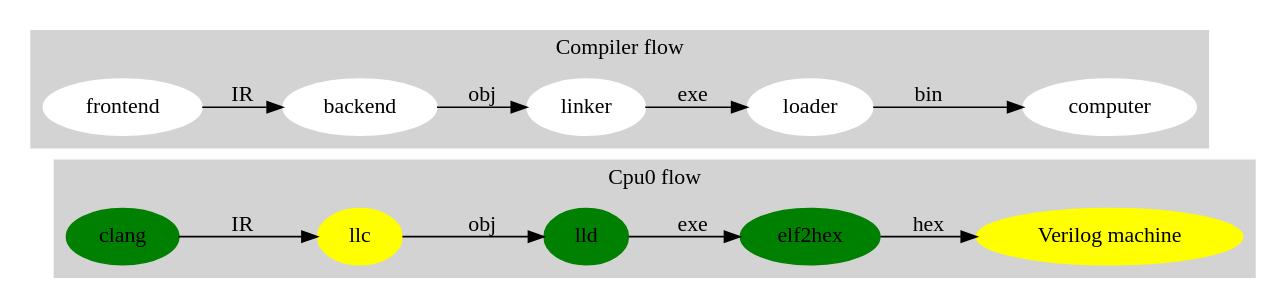
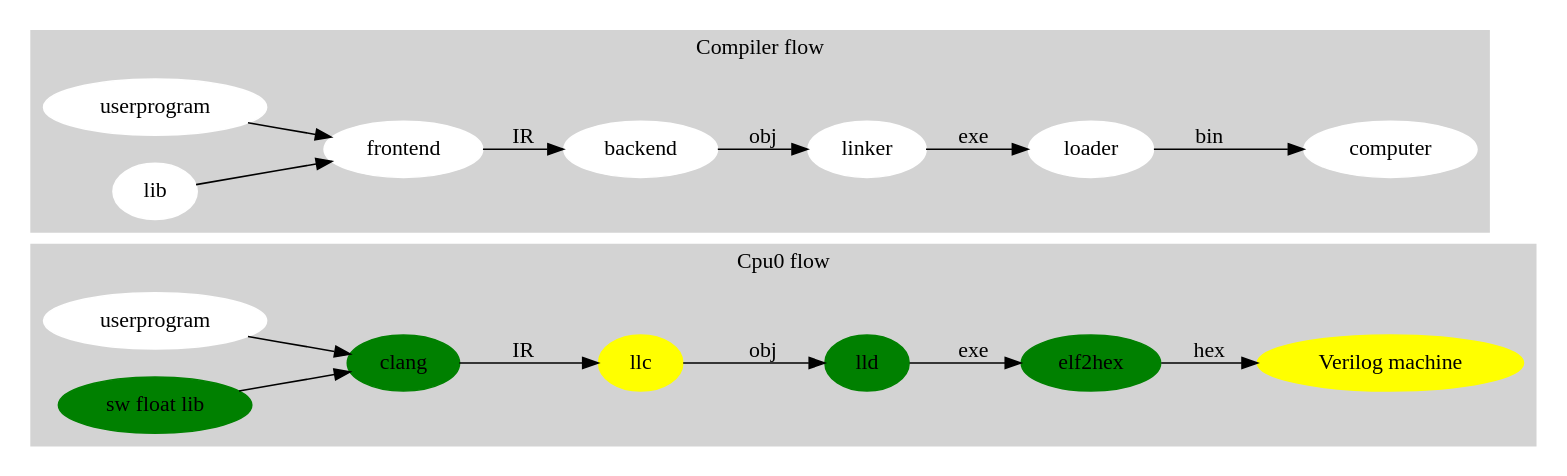
The diagram in Fig/about/mywork_1.gv (Jonathan2251/lbt), drawn with Graphviz before and after one commit. The commit also changed 6 other files, not shown here.

```diff
--- a/Fig/about/mywork_1.gv
+++ b/Fig/about/mywork_1.gv
@@ -1,27 +1,33 @@
 digraph G {
 
-	rankdir=LR;
-	subgraph cluster_1 {
-		style=filled;
-		color=lightgrey;
-		label = "Cpu0 flow";
-		node [style=filled,color=green]; clang;
-		node [style=filled,color=yellow]; llc, "Verilog machine";
-		node [style=filled,color=green]; lld, elf2hex;
-	    clang -> llc [ label = "IR" ];
-	    llc -> lld [ label = "obj" ];
-	    lld -> elf2hex [ label = "exe" ];
-	    elf2hex -> "Verilog machine" [ label = "hex" ];
-	}
-	subgraph cluster_0 {
-		style=filled;
-		label = "Compiler flow";
-		node [style=filled,color=white]; frontend, backend, linker, loader, computer;
-	    frontend -> backend [ label = "IR" ];
-	    backend -> linker [ label = "obj" ];
-	    linker -> loader [ label = "exe" ];
-	    loader -> computer [ label = "bin" ];
-		color=lightgrey
-	}
+  rankdir=LR;
+  subgraph cluster_1 {
+    style=filled;
+    color=lightgrey;
+    label = "Cpu0 flow";
+    node [style=filled,color=white]; usercode [label = "userprogram"];
+    node [style=filled,color=green]; sflib [label = "sw float lib"];
+    node [style=filled,color=green]; clang;
+    node [style=filled,color=yellow]; llc, "Verilog machine";
+    node [style=filled,color=green]; lld, elf2hex;
+    usercode -> clang;
+    sflib -> clang;
+    clang -> llc [ label = "IR" ];
+    llc -> lld [ label = "obj" ];
+    lld -> elf2hex [ label = "exe" ];
+    elf2hex -> "Verilog machine" [ label = "hex" ];
+  }
+  subgraph cluster_0 {
+    style=filled;
+    label = "Compiler flow";
+    node [style=filled,color=white]; userprogram, lib, frontend, backend, linker, loader, computer; 
+      userprogram -> frontend;
+      lib -> frontend;
+      frontend -> backend [ label = "IR" ];
+      backend -> linker [ label = "obj" ];
+      linker -> loader [ label = "exe" ];
+      loader -> computer [ label = "bin" ];
+      color=lightgrey
+  }
 
 }
```
